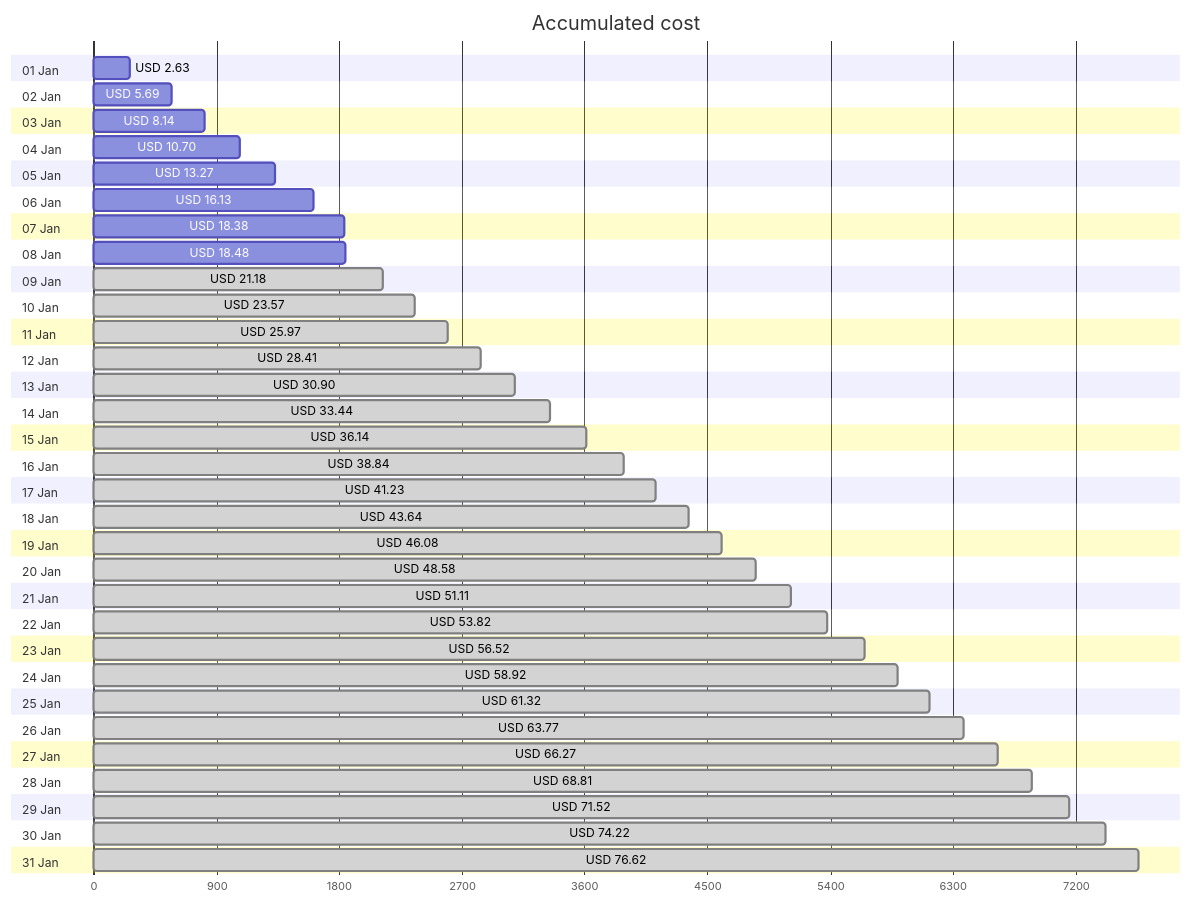
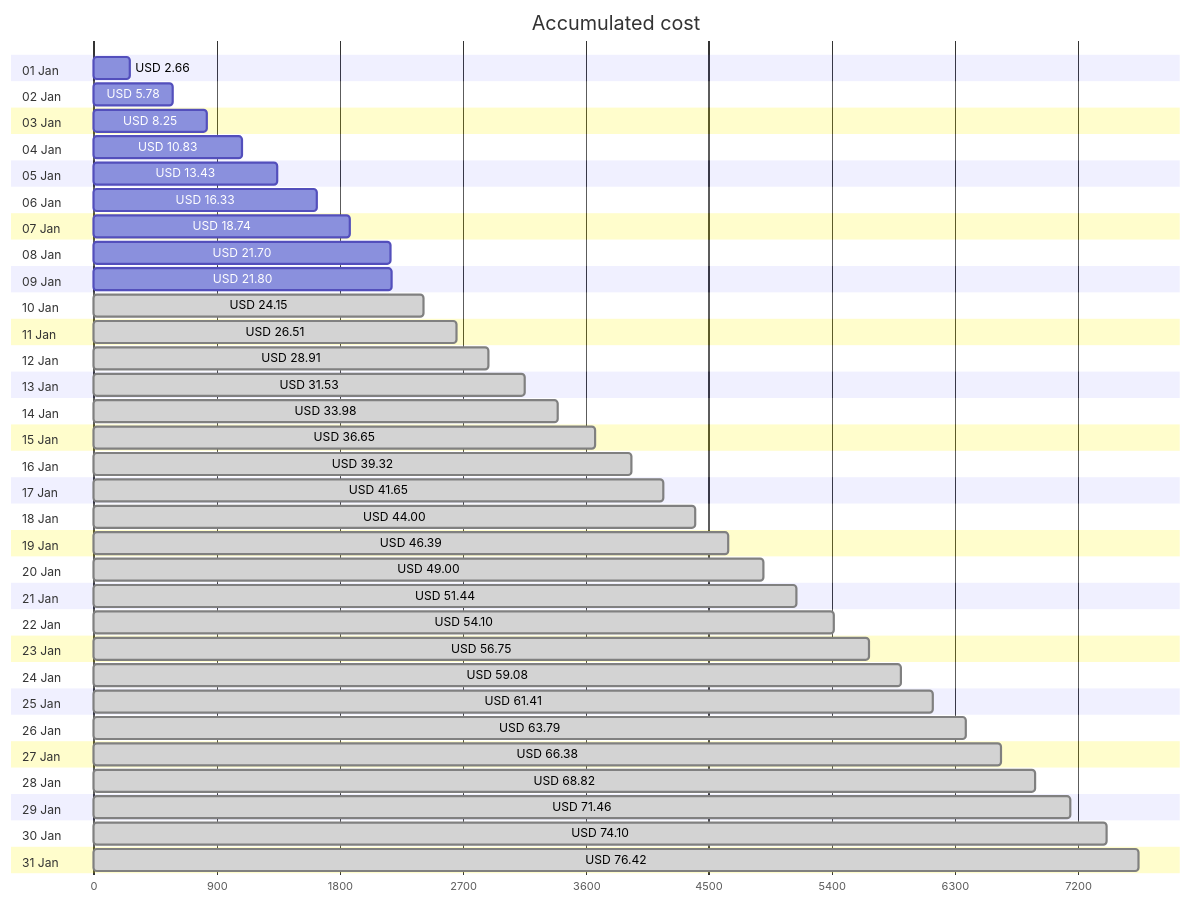
The first of 4 diagrams in cost-reports/accumulated-cost.md (jpfulton/azure-personal-reports), drawn with Mermaid before and after one commit. The commit also changed other lines of this file and 4 other files, not shown here.

````diff
--- a/cost-reports/accumulated-cost.md
+++ b/cost-reports/accumulated-cost.md
@@ -20,68 +20,68 @@
 ```mermaid
 gantt
    title Accumulated cost
    dateFormat  X
    axisFormat %s
    section 01 Jan
-   USD 2.63 :0, 263
+   USD 2.66 :0, 266
    section 02 Jan
-   USD 5.69 :0, 569
+   USD 5.78 :0, 578
    section 03 Jan
-   USD 8.14 :0, 814
+   USD 8.25 :0, 825
    section 04 Jan
-   USD 10.70 :0, 1070
+   USD 10.83 :0, 1083
    section 05 Jan
-   USD 13.27 :0, 1327
+   USD 13.43 :0, 1343
    section 06 Jan
-   USD 16.13 :0, 1613
+   USD 16.33 :0, 1633
    section 07 Jan
-   USD 18.38 :0, 1838
+   USD 18.74 :0, 1874
    section 08 Jan
-   USD 18.48 :0, 1848
+   USD 21.70 :0, 2170
    section 09 Jan
-   USD 21.18 : done, 0, 2118
+   USD 21.80 :0, 2180
    section 10 Jan
-   USD 23.57 : done, 0, 2357
+   USD 24.15 : done, 0, 2415
    section 11 Jan
-   USD 25.97 : done, 0, 2597
+   USD 26.51 : done, 0, 2651
    section 12 Jan
-   USD 28.41 : done, 0, 2841
+   USD 28.91 : done, 0, 2891
    section 13 Jan
-   USD 30.90 : done, 0, 3090
+   USD 31.53 : done, 0, 3153
    section 14 Jan
-   USD 33.44 : done, 0, 3344
+   USD 33.98 : done, 0, 3398
    section 15 Jan
-   USD 36.14 : done, 0, 3614
+   USD 36.65 : done, 0, 3665
    section 16 Jan
-   USD 38.84 : done, 0, 3884
+   USD 39.32 : done, 0, 3932
    section 17 Jan
-   USD 41.23 : done, 0, 4123
+   USD 41.65 : done, 0, 4165
    section 18 Jan
-   USD 43.64 : done, 0, 4364
+   USD 44.00 : done, 0, 4400
    section 19 Jan
-   USD 46.08 : done, 0, 4608
+   USD 46.39 : done, 0, 4639
    section 20 Jan
-   USD 48.58 : done, 0, 4858
+   USD 49.00 : done, 0, 4900
    section 21 Jan
-   USD 51.11 : done, 0, 5111
+   USD 51.44 : done, 0, 5144
    section 22 Jan
-   USD 53.82 : done, 0, 5382
+   USD 54.10 : done, 0, 5410
    section 23 Jan
-   USD 56.52 : done, 0, 5652
+   USD 56.75 : done, 0, 5675
    section 24 Jan
-   USD 58.92 : done, 0, 5892
+   USD 59.08 : done, 0, 5908
    section 25 Jan
-   USD 61.32 : done, 0, 6132
+   USD 61.41 : done, 0, 6141
    section 26 Jan
-   USD 63.77 : done, 0, 6377
+   USD 63.79 : done, 0, 6379
    section 27 Jan
-   USD 66.27 : done, 0, 6627
+   USD 66.38 : done, 0, 6638
    section 28 Jan
-   USD 68.81 : done, 0, 6881
+   USD 68.82 : done, 0, 6882
    section 29 Jan
-   USD 71.52 : done, 0, 7152
+   USD 71.46 : done, 0, 7146
    section 30 Jan
-   USD 74.22 : done, 0, 7422
+   USD 74.10 : done, 0, 7410
    section 31 Jan
-   USD 76.62 : done, 0, 7662
+   USD 76.42 : done, 0, 7642
 ```
````
